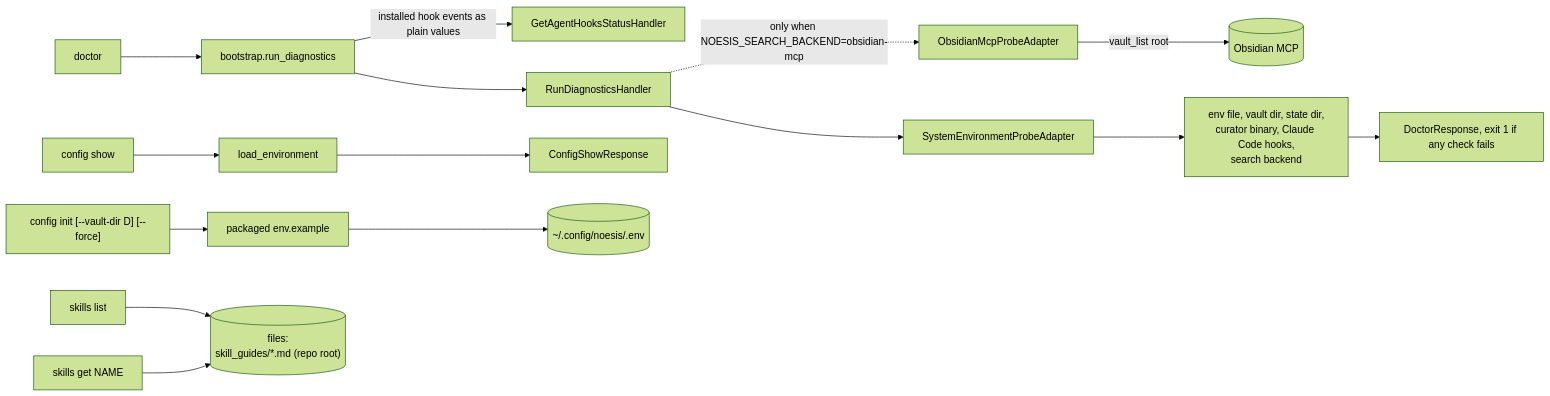
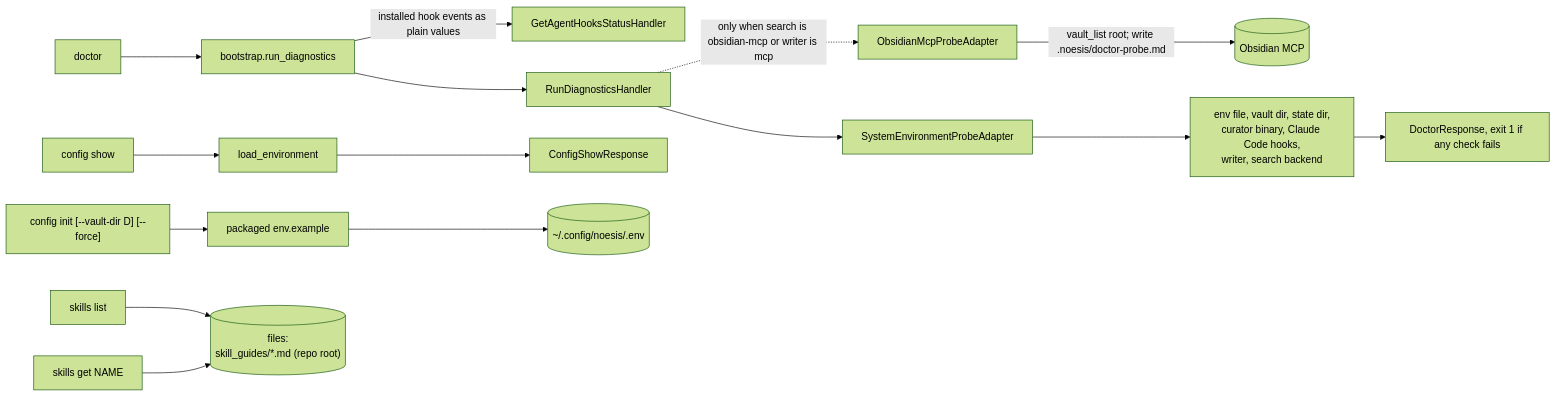
Before and after one commit to p-hzamora/noesis: the diagram in docs/workflows/setup.md, drawn with Mermaid (forest theme). The commit also changed other lines of this file and 7 other files, not shown here.

````diff
--- a/docs/workflows/setup.md
+++ b/docs/workflows/setup.md
@@ -6,17 +6,17 @@
 ```mermaid
 flowchart LR
     doctor["doctor"] --> rd["bootstrap.run_diagnostics"]
     rd -->|installed hook events as plain values| hs[GetAgentHooksStatusHandler]
     rd --> dh[RunDiagnosticsHandler]
     dh --> probe[SystemEnvironmentProbeAdapter]
-    dh -.->|"only when NOESIS_SEARCH_BACKEND=obsidian-mcp"| mp[ObsidianMcpProbeAdapter]
-    mp -->|"vault_list root"| obs[("Obsidian MCP")]
-    probe --> checks["env file, vault dir, state dir,<br/>curator binary, Claude Code hooks,<br/>search backend"]
+    dh -.->|"only when search is obsidian-mcp or writer is mcp"| mp[ObsidianMcpProbeAdapter]
+    mp -->|"vault_list root; write .noesis/doctor-probe.md"| obs[("Obsidian MCP")]
+    probe --> checks["env file, vault dir, state dir,<br/>curator binary, Claude Code hooks,<br/>writer, search backend"]
     checks --> dr["DoctorResponse, exit 1 if any check fails"]
 
     show["config show"] --> env[load_environment] --> cs[ConfigShowResponse]
     init["config init [--vault-dir D] [--force]"] --> tpl["packaged env.example"] --> envfile[("~/.config/noesis/.env")]
 
     sl["skills list"] --> guides[("files:<br/>skill_guides/*.md (repo root)")]
     sg["skills get NAME"] --> guides
 ```
````
